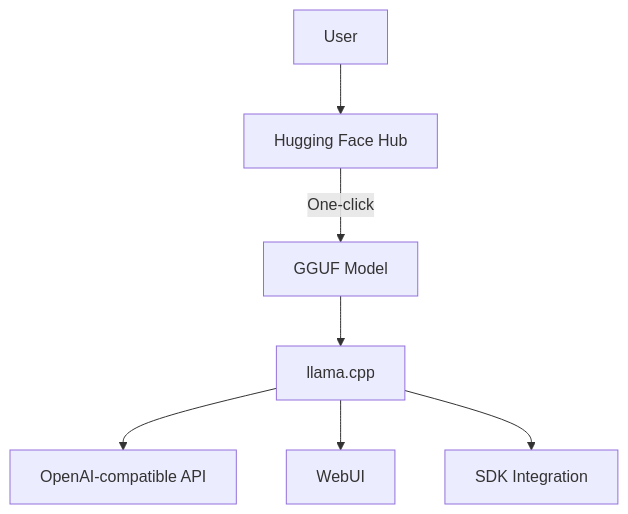
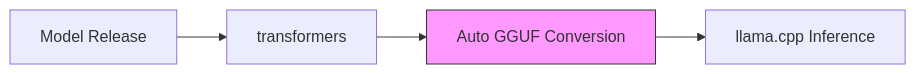
Before and after one commit to kimjangwook/www.jangwook.net: the first of 2 diagrams in src/content/blog/en/ggml-llamacpp-huggingface.md, drawn with Mermaid. The commit also changed other lines of this file and 2 other files, not shown here.

````diff
--- a/src/content/blog/en/ggml-llamacpp-huggingface.md
+++ b/src/content/blog/en/ggml-llamacpp-huggingface.md
@@ -141,9 +76,7 @@
 ```mermaid
-graph TD
-    USER[User] --> HF[Hugging Face Hub]
-    HF --> |One-click| GGUF[GGUF Model]
-    GGUF --> LC[llama.cpp]
-    LC --> API[OpenAI-compatible API]
-    LC --> UI[WebUI]
-    LC --> SDK[SDK Integration]
+graph LR
+    A[Model Release] --> B[transformers]
+    B --> C[Auto GGUF Conversion]
+    C --> D[llama.cpp Inference]
+    style C fill:#f9f,stroke:#333
 ```
````
